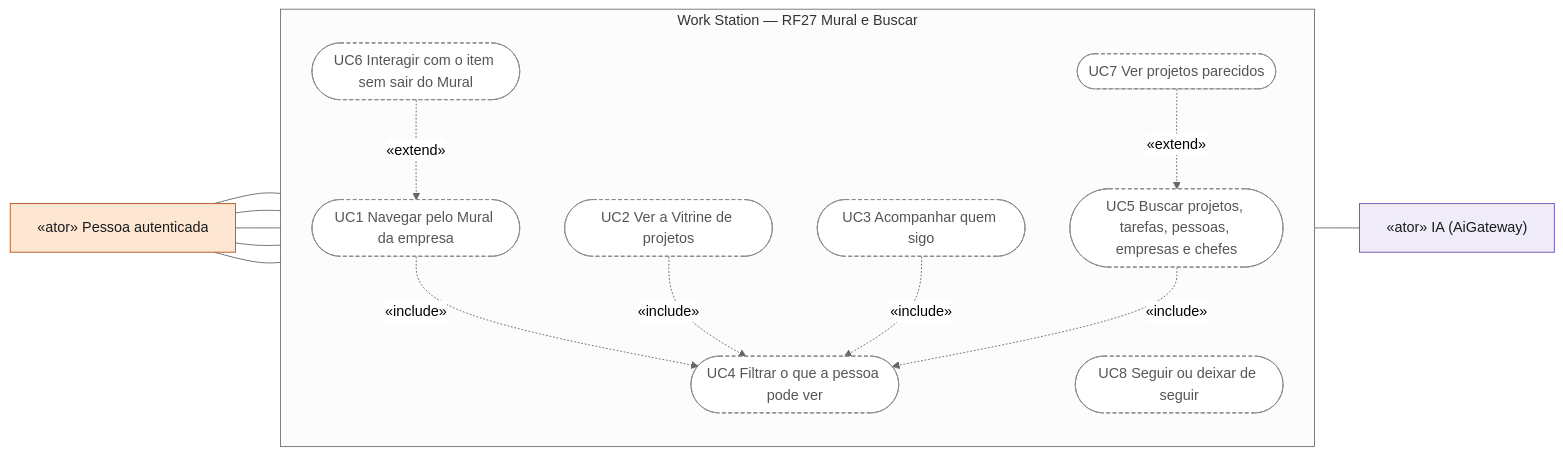
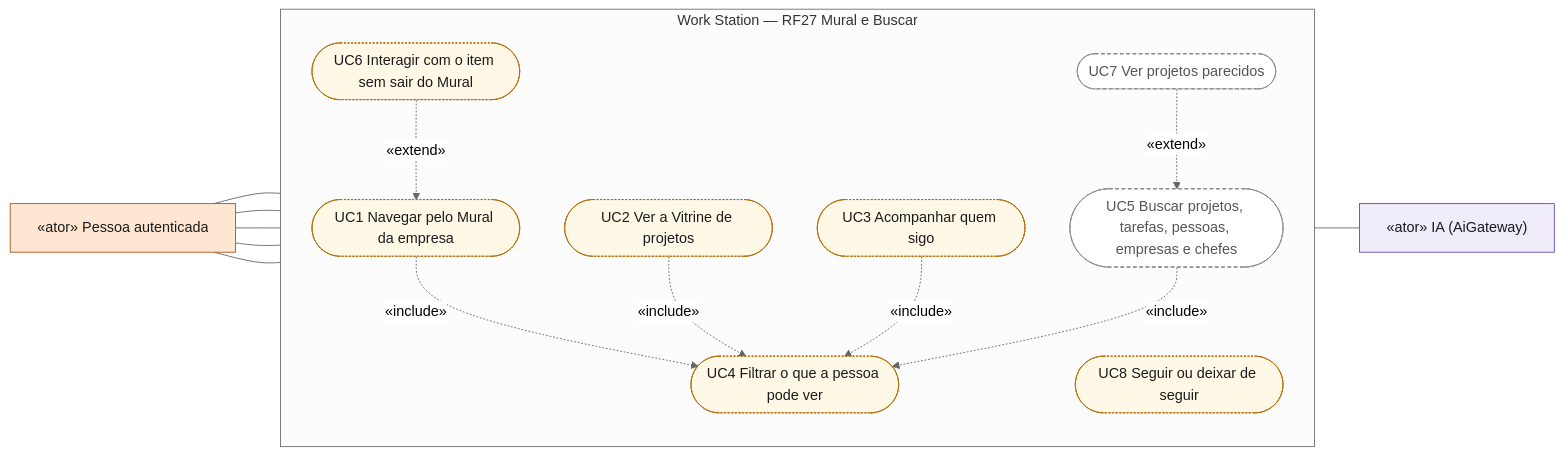
One commit to MatheusHaliski/Decia-app-2026 changed the first of 6 diagrams in docs/diagramas/RF27/README.md. Above: the diagram before and after it, drawn with Mermaid (neutral theme). The commit also changed 13 other files, not shown here.

First line of the commit message:
docs(diagramas): classe ucDemo para casos de uso que só funcionam com dados de demonstração

````diff
--- a/docs/diagramas/RF27/README.md
+++ b/docs/diagramas/RF27/README.md
@@ -11,32 +11,33 @@
 ```mermaid
 flowchart LR
   classDef ator fill:#fde7d3,stroke:#b4531a,color:#1b1b1b
   classDef atorSis fill:#f1ecf9,stroke:#6a4bb3,color:#1b1b1b
   classDef uc fill:#ffffff,stroke:#3557a6,color:#1b1b1b
   classDef ucPlan fill:#ffffff,stroke:#8a8a8a,stroke-dasharray:4 3,color:#555555
+  classDef ucDemo fill:#fff8e6,stroke:#b26a00,stroke-dasharray:2 2,color:#1b1b1b
   autenticado["«ator» Pessoa autenticada"]:::ator
   subgraph SIS["Work Station — RF27 Mural e Buscar"]
     direction TB
-    UC1(["UC1 Navegar pelo Mural da empresa"]):::ucPlan
-    UC2(["UC2 Ver a Vitrine de projetos"]):::ucPlan
-    UC3(["UC3 Acompanhar quem sigo"]):::ucPlan
-    UC4(["UC4 Filtrar o que a pessoa pode ver"]):::ucPlan
+    UC1(["UC1 Navegar pelo Mural da empresa"]):::ucDemo
+    UC2(["UC2 Ver a Vitrine de projetos"]):::ucDemo
+    UC3(["UC3 Acompanhar quem sigo"]):::ucDemo
+    UC4(["UC4 Filtrar o que a pessoa pode ver"]):::ucDemo
     UC5(["UC5 Buscar projetos, tarefas, pessoas, empresas e chefes"]):::ucPlan
-    UC6(["UC6 Interagir com o item sem sair do Mural"]):::ucPlan
+    UC6(["UC6 Interagir com o item sem sair do Mural"]):::ucDemo
     UC7(["UC7 Ver projetos parecidos"]):::ucPlan
-    UC8(["UC8 Seguir ou deixar de seguir"]):::ucPlan
+    UC8(["UC8 Seguir ou deixar de seguir"]):::ucDemo
   end
   ia["«ator» IA (AiGateway)"]:::atorSis
   autenticado --- UC1
   autenticado --- UC2
   autenticado --- UC3
   autenticado --- UC5
   autenticado --- UC8
   UC1 -. "«include»" .-> UC4
   UC2 -. "«include»" .-> UC4
   UC3 -. "«include»" .-> UC4
   UC5 -. "«include»" .-> UC4
   UC6 -. "«extend»" .-> UC1
   UC7 -. "«extend»" .-> UC5
   UC7 --- ia
 ```
````
